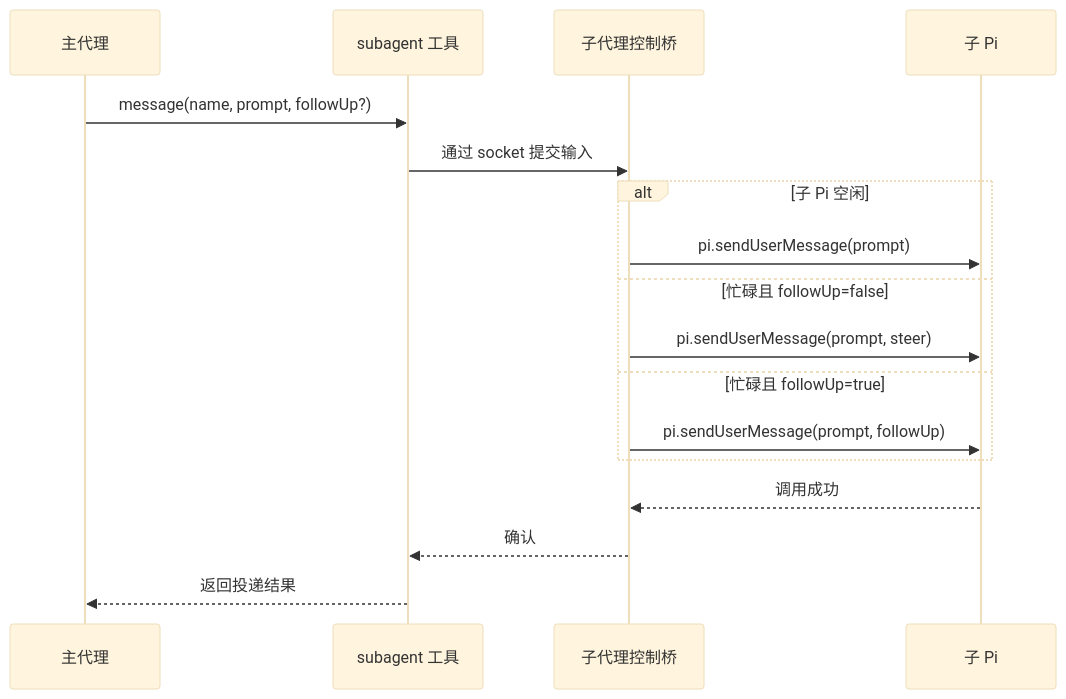
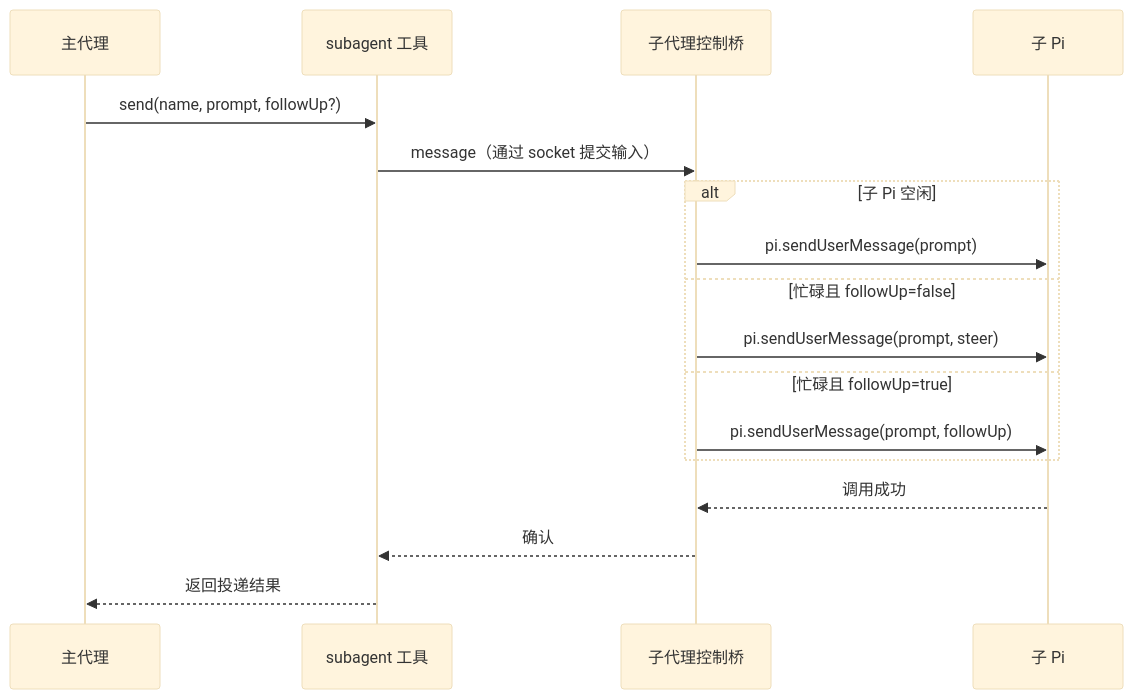
The third of 9 diagrams in docs/spec.md (huxeon/pi-subagent), drawn with Mermaid (base theme) before and after one commit. The commit also changed other lines of this file and 15 other files, not shown here.

````diff
--- a/docs/spec.md
+++ b/docs/spec.md
@@ -104,20 +111,20 @@
 ```mermaid
 sequenceDiagram
     participant M as 主代理
     participant T as subagent 工具
     participant B as 子代理控制桥
     participant P as 子 Pi
 
-    M->>T: message(name, prompt, followUp?)
-    T->>B: 通过 socket 提交输入
+    M->>T: send(name, prompt, followUp?)
+    T->>B: message（通过 socket 提交输入）
     alt 子 Pi 空闲
         B->>P: pi.sendUserMessage(prompt)
     else 忙碌且 followUp=false
         B->>P: pi.sendUserMessage(prompt, steer)
     else 忙碌且 followUp=true
         B->>P: pi.sendUserMessage(prompt, followUp)
     end
     P-->>B: 调用成功
     B-->>T: 确认
     T-->>M: 返回投递结果
 ```
````
